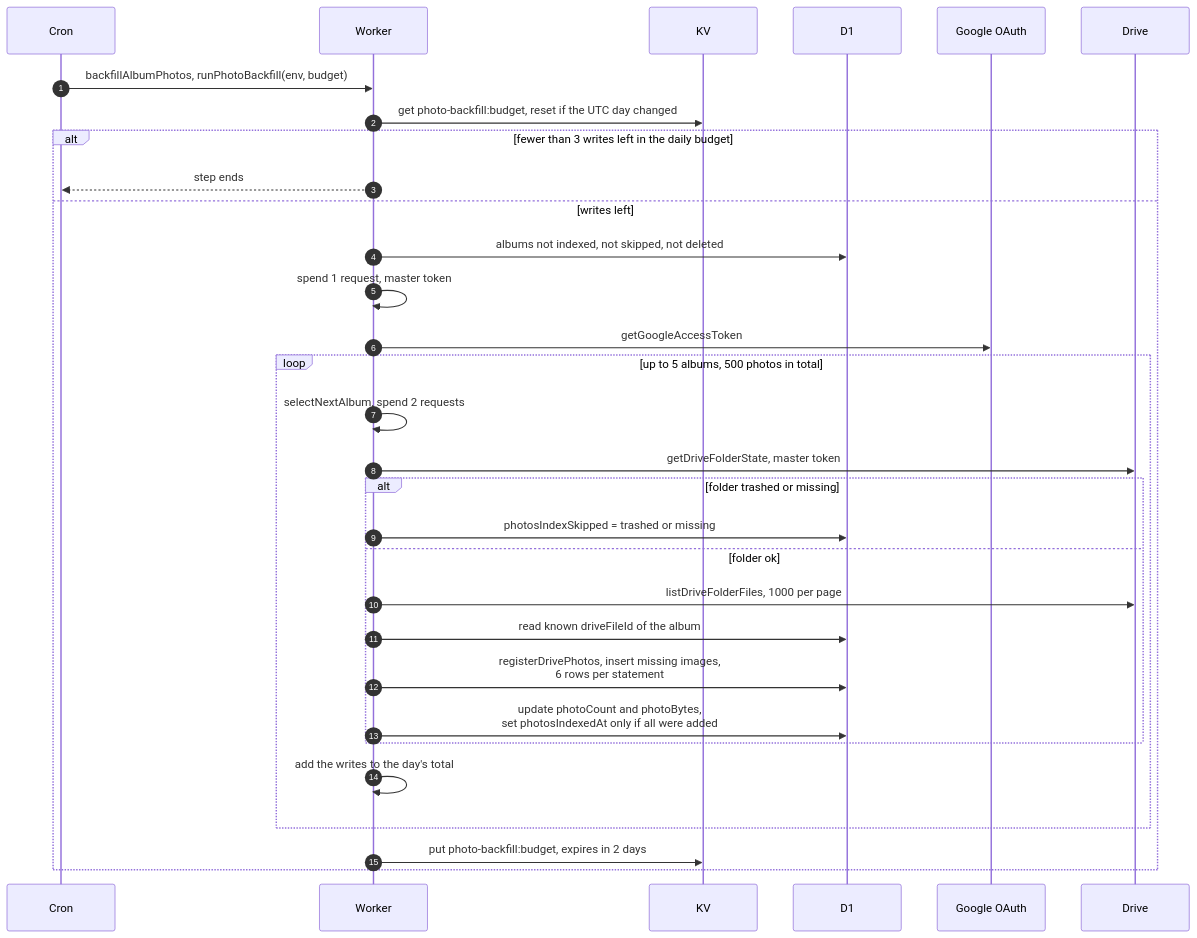
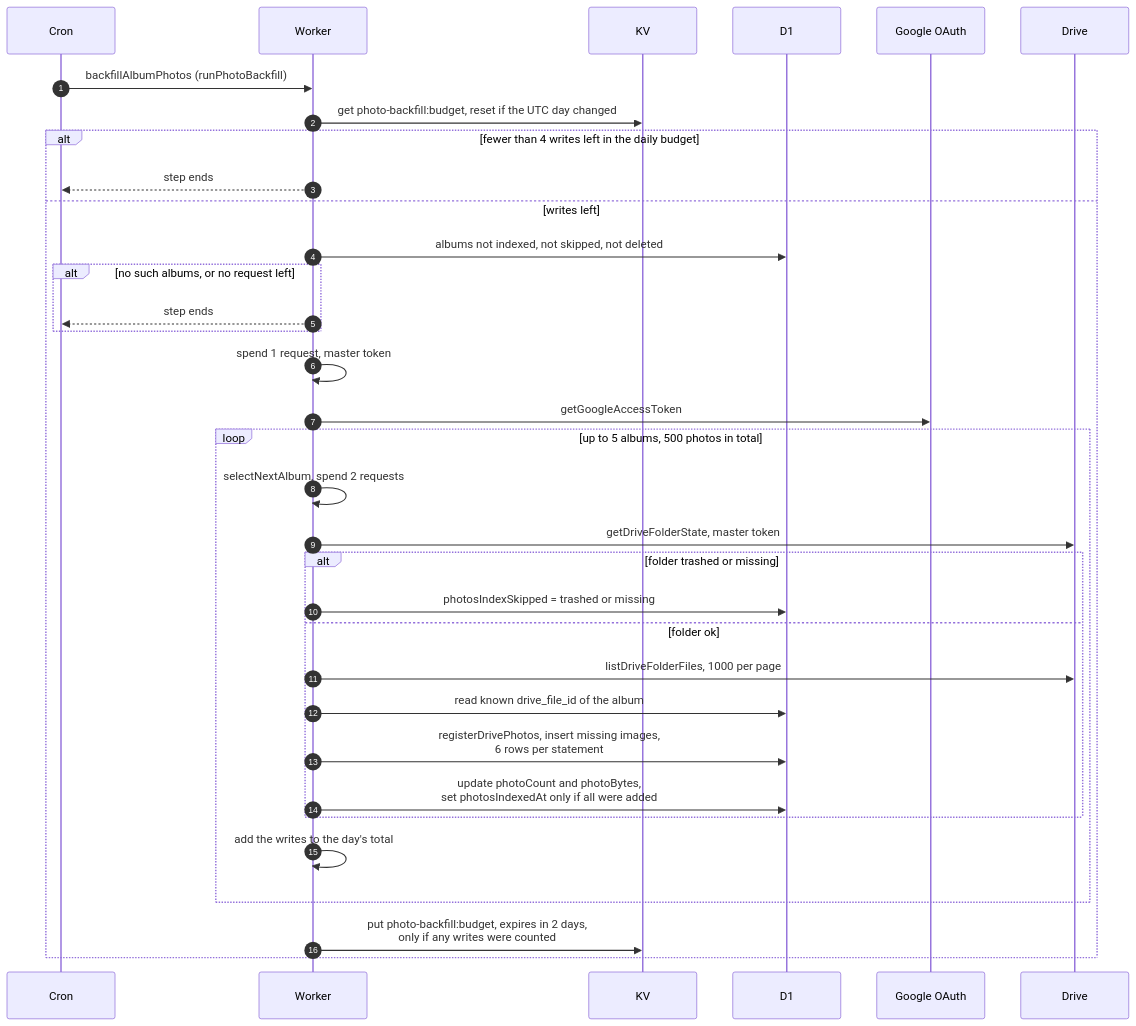
Before and after one commit to sagyzdop/meriksirat: the diagram in docs/scenarios/cron/albums-and-housekeeping/photo-backfill.md, drawn with Mermaid. The commit also changed other lines of this file and 10 other files, not shown here.

Commit message:
docs(scenarios): verify cron albums-and-housekeeping diagrams against code

````diff
--- a/docs/scenarios/cron/albums-and-housekeeping/photo-backfill.md
+++ b/docs/scenarios/cron/albums-and-housekeeping/photo-backfill.md
@@ -39,33 +44,36 @@
 ```mermaid
 sequenceDiagram
     autonumber
     participant Cron
     participant Worker
     participant KV
     participant D1
     participant Google OAuth
     participant Drive
-    Cron->>Worker: backfillAlbumPhotos, runPhotoBackfill(env, budget)
+    Cron->>Worker: backfillAlbumPhotos (runPhotoBackfill)
     Worker->>KV: get photo-backfill:budget, reset if the UTC day changed
-    alt fewer than 3 writes left in the daily budget
+    alt fewer than 4 writes left in the daily budget
         Worker-->>Cron: step ends
     else writes left
         Worker->>D1: albums not indexed, not skipped, not deleted
+        alt no such albums, or no request left
+            Worker-->>Cron: step ends
+        end
         Worker->>Worker: spend 1 request, master token
         Worker->>Google OAuth: getGoogleAccessToken
         loop up to 5 albums, 500 photos in total
             Worker->>Worker: selectNextAlbum, spend 2 requests
             Worker->>Drive: getDriveFolderState, master token
             alt folder trashed or missing
                 Worker->>D1: photosIndexSkipped = trashed or missing
             else folder ok
                 Worker->>Drive: listDriveFolderFiles, 1000 per page
-                Worker->>D1: read known driveFileId of the album
+                Worker->>D1: read known drive_file_id of the album
                 Worker->>D1: registerDrivePhotos, insert missing images,<br/>6 rows per statement
                 Worker->>D1: update photoCount and photoBytes,<br/>set photosIndexedAt only if all were added
             end
             Worker->>Worker: add the writes to the day's total
         end
-        Worker->>KV: put photo-backfill:budget, expires in 2 days
+        Worker->>KV: put photo-backfill:budget, expires in 2 days,<br/>only if any writes were counted
     end
 ```
````
